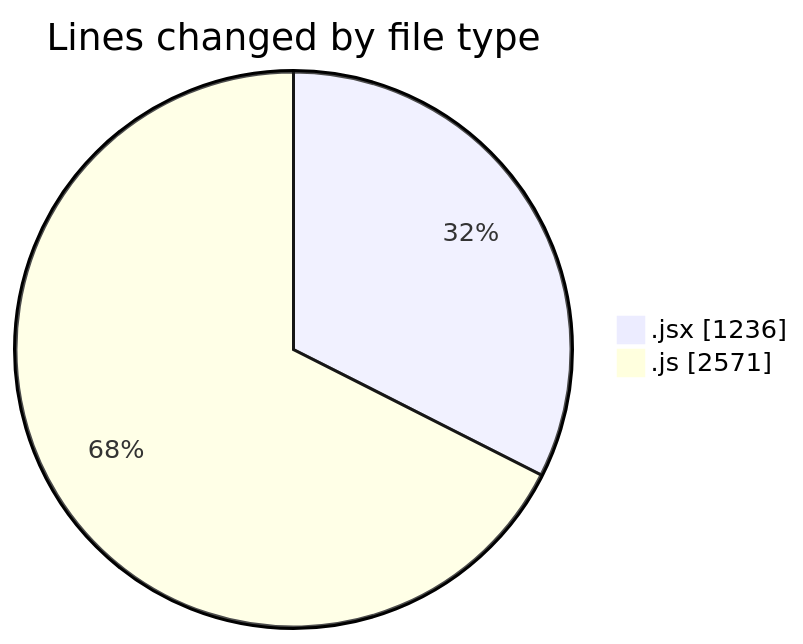
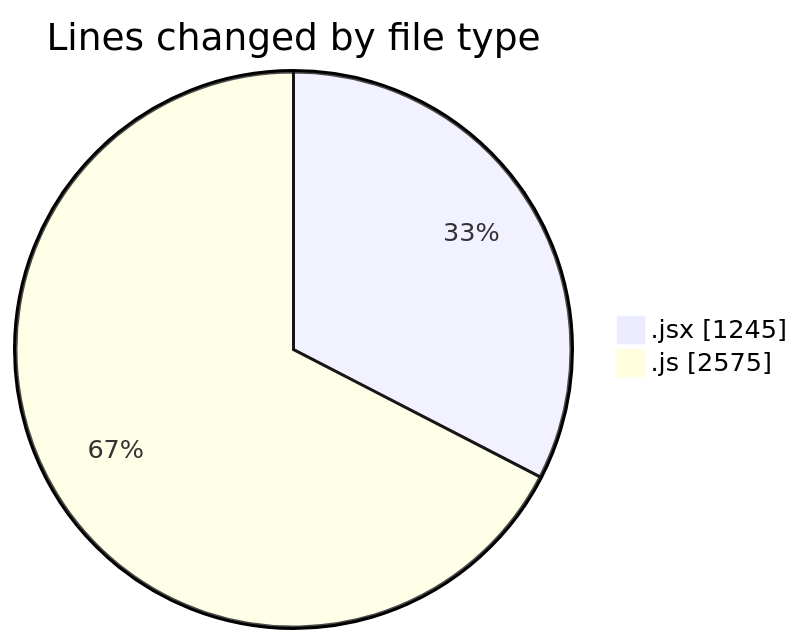
One commit to nxtqubesakshisongat/code-tracking changed the first of 2 diagrams in 2025-07-25/nxtqube_webapp/README.md. Above: the diagram before and after it, drawn with Mermaid. The commit also changed other lines of this file and 1 other file, not shown here.

````diff
--- a/2025-07-25/nxtqube_webapp/README.md
+++ b/2025-07-25/nxtqube_webapp/README.md
@@ -33,6 +33,6 @@
 ```mermaid
 pie showData
 title Lines changed by file type
-".jsx" : 1236
-".js" : 2571
+".jsx" : 1245
+".js" : 2575
 ```
````
